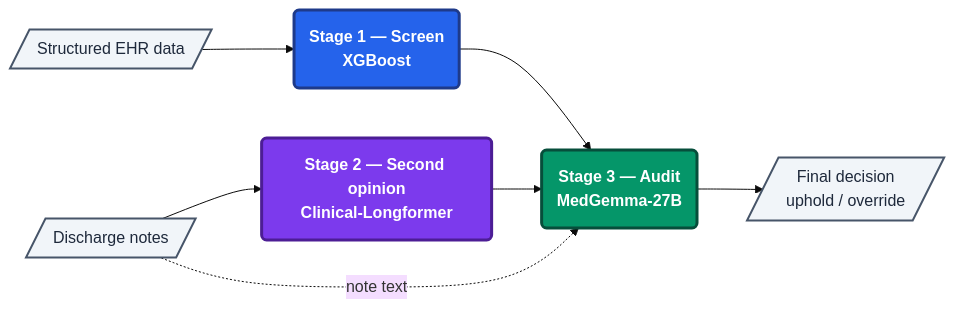
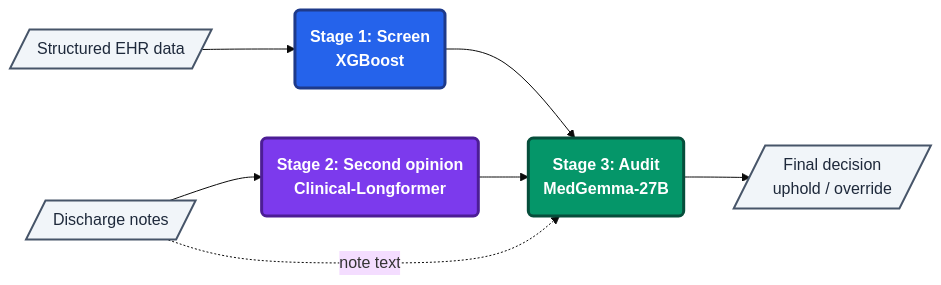
The diagram in README.md (ThesisNovaSBE/three-layer-readmission-audit), drawn with Mermaid (base theme) before and after one commit. The commit also changed other lines of this file, not shown here.

First line of the commit message:
docs(readme): restructure logic vs pipeline, fix Stage 2 framing, tighten prose

````diff
--- a/README.md
+++ b/README.md
@@ -231,14 +280,14 @@
 ```mermaid
 flowchart LR
-    STRUCT[/"Structured EHR data"/]:::input --> S1("Stage 1 — Screen<br/>XGBoost"):::s1
-    NOTE[/"Discharge notes"/]:::input --> S2("Stage 2 — Second opinion<br/>Clinical-Longformer"):::s2
-    S1 --> S3("Stage 3 — Audit<br/>MedGemma-27B"):::s3
+    STRUCT[/"Structured EHR data"/]:::input --> S1("Stage 1: Screen<br/>XGBoost"):::s1
+    NOTE[/"Discharge notes"/]:::input --> S2("Stage 2: Second opinion<br/>Clinical-Longformer"):::s2
+    S1 --> S3("Stage 3: Audit<br/>MedGemma-27B"):::s3
     S2 --> S3
     NOTE -.->|note text| S3
     S3 --> OUT[/"Final decision<br/>uphold / override"/]:::input
 
     classDef input fill:#f1f5f9,stroke:#475569,stroke-width:2px,color:#1e293b
     classDef s1 fill:#2563eb,stroke:#1e3a8a,stroke-width:3px,color:#ffffff,font-weight:700
     classDef s2 fill:#7c3aed,stroke:#4c1d95,stroke-width:3px,color:#ffffff,font-weight:700
     classDef s3 fill:#059669,stroke:#064e3b,stroke-width:3px,color:#ffffff,font-weight:700
 ```
````
